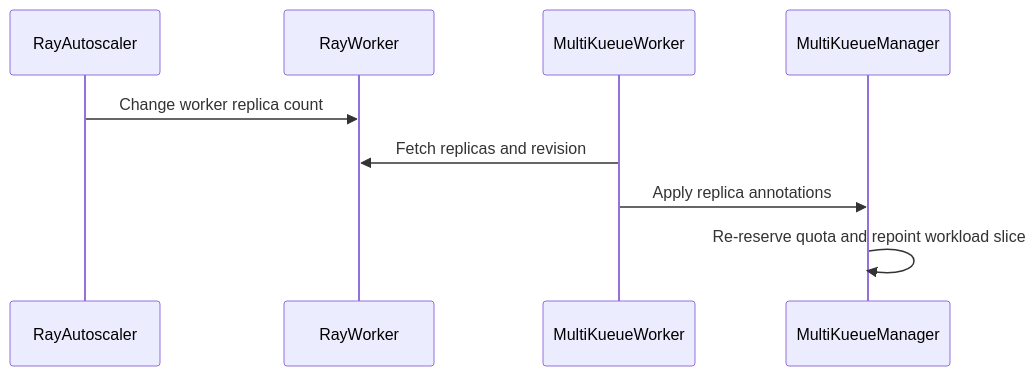
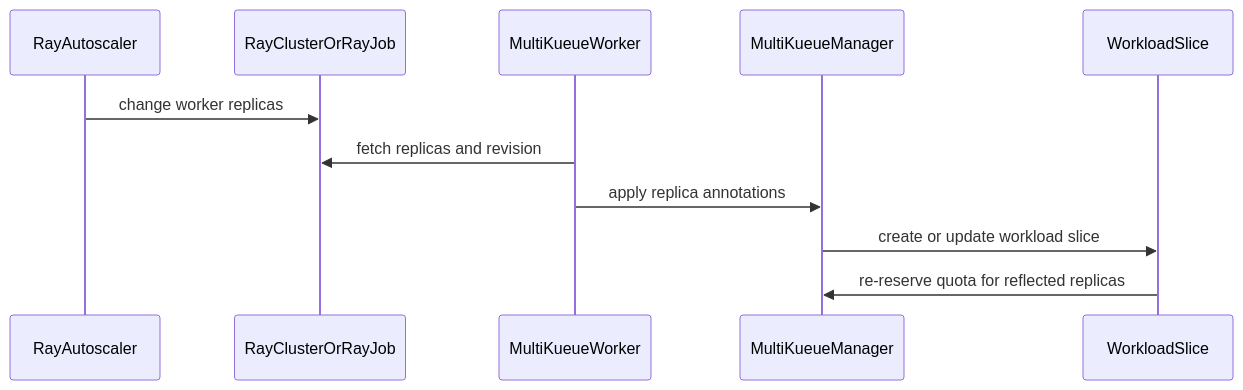
One commit to reruno/kueue-llm-wiki changed the diagram in raw/github/kubernetes-sigs__kueue/pr-13494.md. Above: the diagram before and after it, drawn with Mermaid. The commit also changed other lines of this file and 137 other files, not shown here.

````diff
--- a/raw/github/kubernetes-sigs__kueue/pr-13494.md
+++ b/raw/github/kubernetes-sigs__kueue/pr-13494.md
@@ -146,11 +126,13 @@
 ```mermaid
 sequenceDiagram
   participant RayAutoscaler
-  participant RayWorker
+  participant RayClusterOrRayJob
   participant MultiKueueWorker
   participant MultiKueueManager
-  RayAutoscaler->>RayWorker: Change worker replica count
-  MultiKueueWorker->>RayWorker: Fetch replicas and revision
-  MultiKueueWorker->>MultiKueueManager: Apply replica annotations
-  MultiKueueManager->>MultiKueueManager: Re-reserve quota and repoint workload slice
+  participant WorkloadSlice
+  RayAutoscaler->>RayClusterOrRayJob: change worker replicas
+  MultiKueueWorker->>RayClusterOrRayJob: fetch replicas and revision
+  MultiKueueWorker->>MultiKueueManager: apply replica annotations
+  MultiKueueManager->>WorkloadSlice: create or update workload slice
+  WorkloadSlice->>MultiKueueManager: re-reserve quota for reflected replicas
 ```
````
